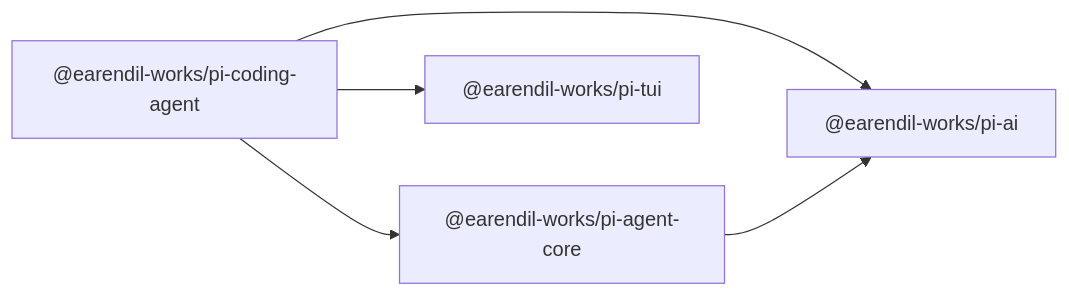
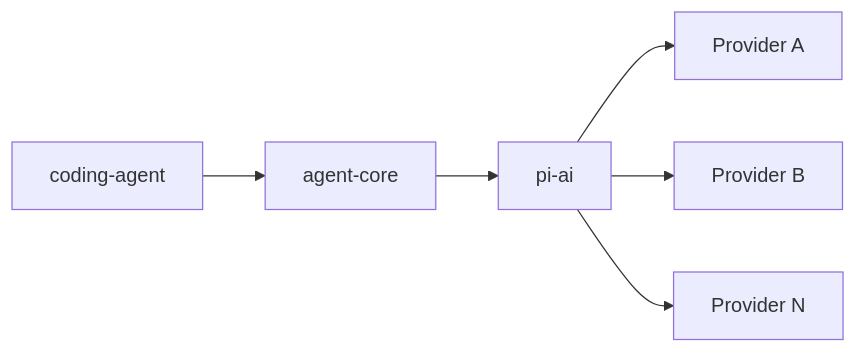
The third of 3 diagrams in .qoder/repowiki/zh/content/编码代理/编码代理.md (haolange/pi), drawn with Mermaid before and after one commit. The commit also changed other lines of this file and 246 other files, not shown here.

````diff
--- a/.qoder/repowiki/zh/content/编码代理/编码代理.md
+++ b/.qoder/repowiki/zh/content/编码代理/编码代理.md
@@ -358,7 +217,8 @@
 ```mermaid
 graph LR
-CA["@earendil-works/pi-coding-agent"] --> AG["@earendil-works/pi-agent-core"]
-CA --> AI["@earendil-works/pi-ai"]
-CA --> TUI["@earendil-works/pi-tui"]
-AG --> AI
+CA["coding-agent"] --> AG["agent-core"]
+AG --> AI["pi-ai"]
+AI --> P1["Provider A"]
+AI --> P2["Provider B"]
+AI --> Pn["Provider N"]
 ```
````
